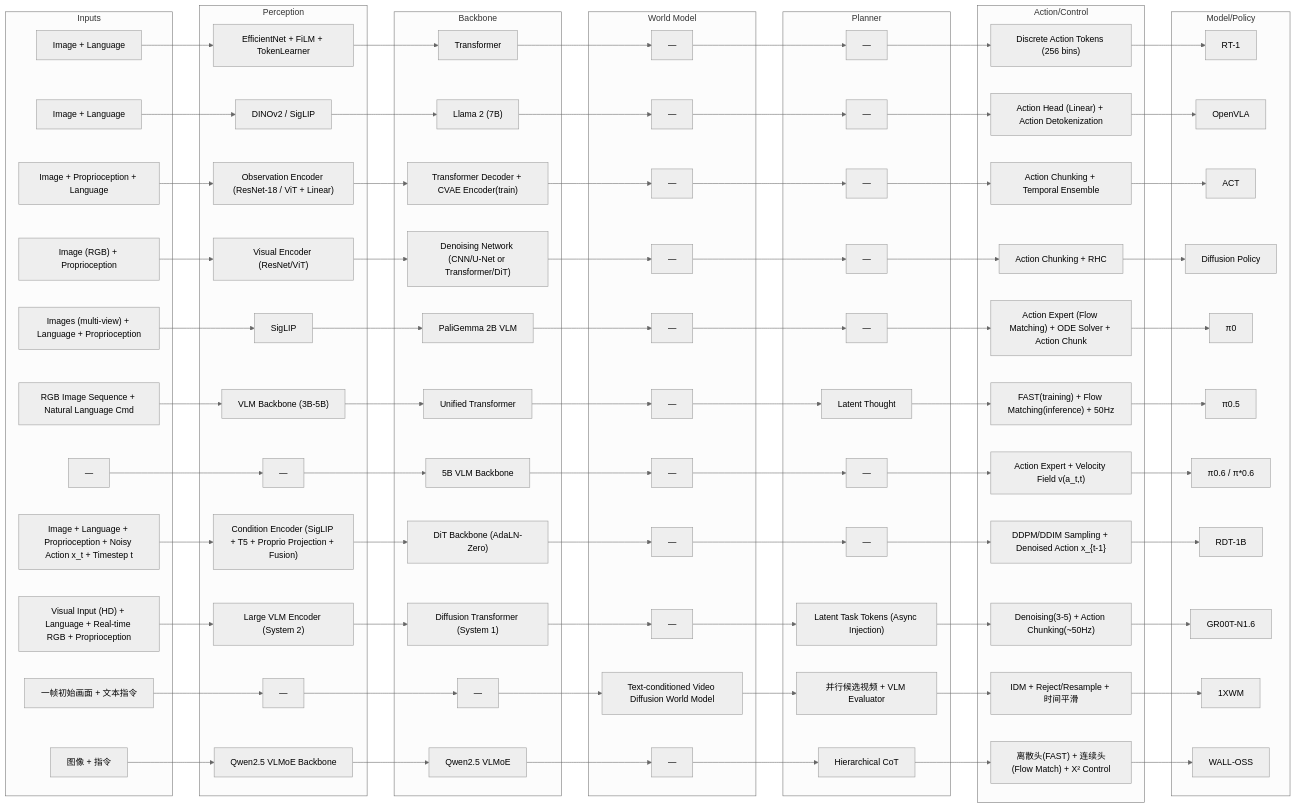
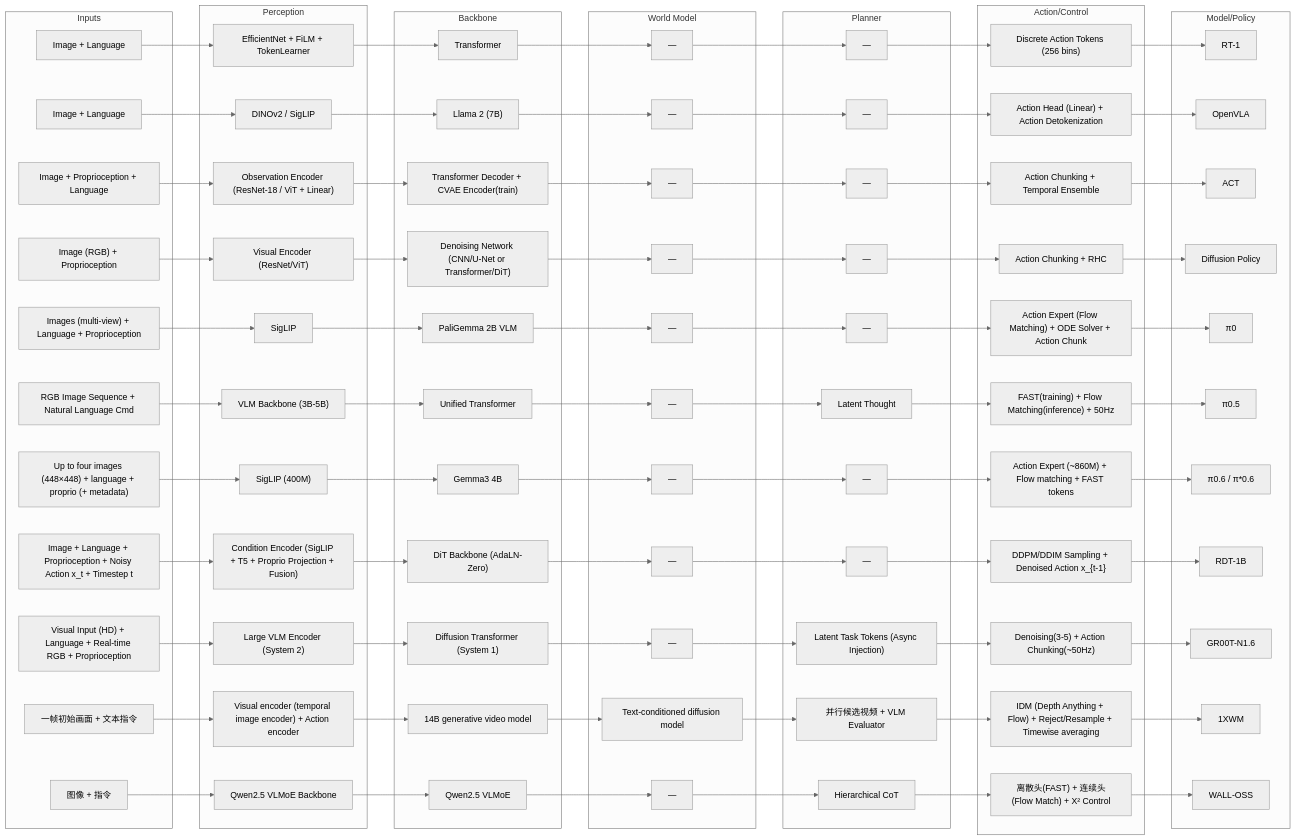
The diagram in theory/modular_pipeline_table_generator.md (sou350121/VLA-Handbook), drawn with Mermaid (neutral theme) before and after one commit. The commit also changed other lines of this file, not shown here.

```diff
--- a/theory/modular_pipeline_table_generator.md
+++ b/theory/modular_pipeline_table_generator.md
@@ -30,7 +41,7 @@
 dpIn["Image (RGB) + Proprioception"]
 pi0In["Images (multi-view) + Language + Proprioception"]
 pi05In["RGB Image Sequence + Natural Language Cmd"]
-pi06In["—"]
+pi06In["Up to four images (448×448) + language + proprio (+ metadata)"]
 rdtIn["Image + Language + Proprioception + Noisy Action x_t + Timestep t"]
 gr00tIn["Visual Input (HD) + Language + Real-time RGB + Proprioception"]
 oneXIn["一帧初始画面 + 文本指令"]
@@ -44,10 +55,10 @@
 dpPerc["Visual Encoder (ResNet/ViT)"]
 pi0Perc["SigLIP"]
 pi05Perc["VLM Backbone (3B-5B)"]
-pi06Perc["—"]
+pi06Perc["SigLIP (400M)"]
 rdtPerc["Condition Encoder (SigLIP + T5 + Proprio Projection + Fusion)"]
 gr00tPerc["Large VLM Encoder (System 2)"]
-oneXPerc["—"]
+oneXPerc["Visual encoder (temporal image encoder) + Action encoder"]
 wallPerc["Qwen2.5 VLMoE Backbone"]
 end
 
@@ -58,10 +69,10 @@
 dpBack["Denoising Network (CNN/U-Net or Transformer/DiT)"]
 pi0Back["PaliGemma 2B VLM"]
 pi05Back["Unified Transformer"]
-pi06Back["5B VLM Backbone"]
+pi06Back["Gemma3 4B"]
 rdtBack["DiT Backbone (AdaLN-Zero)"]
 gr00tBack["Diffusion Transformer (System 1)"]
-oneXBack["—"]
+oneXBack["14B generative video model"]
 wallBack["Qwen2.5 VLMoE"]
 end
 
@@ -75,7 +86,7 @@
 pi06WM["—"]
 rdtWM["—"]
 gr00tWM["—"]
-oneXWM["Text-conditioned Video Diffusion World Model"]
+oneXWM["Text-conditioned diffusion model"]
 wallWM["—"]
 end
 
@@ -100,10 +111,10 @@
 dpAct["Action Chunking + RHC"]
 pi0Act["Action Expert (Flow Matching) + ODE Solver + Action Chunk"]
 pi05Act["FAST(training) + Flow Matching(inference) + 50Hz"]
-pi06Act["Action Expert + Velocity Field v(a_t,t)"]
+pi06Act["Action Expert (~860M) + Flow matching + FAST tokens"]
 rdtAct["DDPM/DDIM Sampling + Denoised Action x_{t-1}"]
 gr00tAct["Denoising(3-5) + Action Chunking(~50Hz)"]
-oneXAct["IDM + Reject/Resample + 时间平滑"]
+oneXAct["IDM (Depth Anything + Flow) + Reject/Resample + Timewise averaging"]
 wallAct["离散头(FAST) + 连续头(Flow Match) + X² Control"]
 end
 
```
